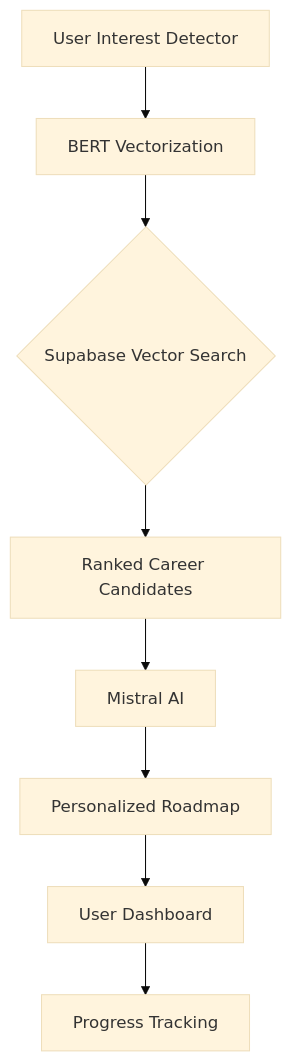
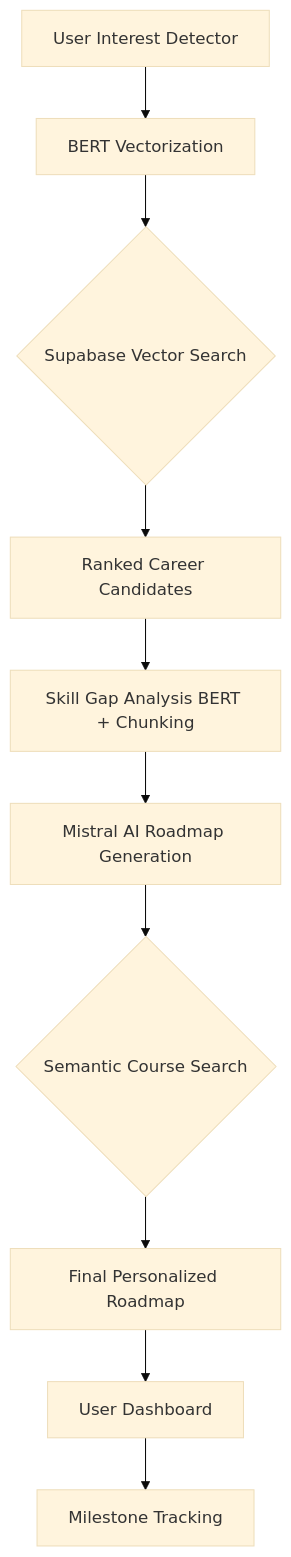
One commit to CodexKnight-ai/CORS_ERROR changed the diagram in README.md. Above: the diagram before and after it, drawn with Mermaid (base theme). The commit also changed other lines of this file, not shown here.

````diff
--- a/README.md
+++ b/README.md
@@ -115,10 +162,12 @@
 ```mermaid
 graph TD
     A[User Interest Detector] --> B[BERT Vectorization]
     B --> C{Supabase Vector Search}
     C --> D[Ranked Career Candidates]
-    D --> E[Mistral AI]
-    E --> F[Personalized Roadmap]
+    D --> I[Skill Gap Analysis BERT + Chunking]
+    I --> E[Mistral AI Roadmap Generation]
+    E --> J{Semantic Course Search}
+    J --> F[Final Personalized Roadmap]
     F --> G[User Dashboard]
-    G --> H[Progress Tracking]
+    G --> H[Milestone Tracking]
 ```
````
